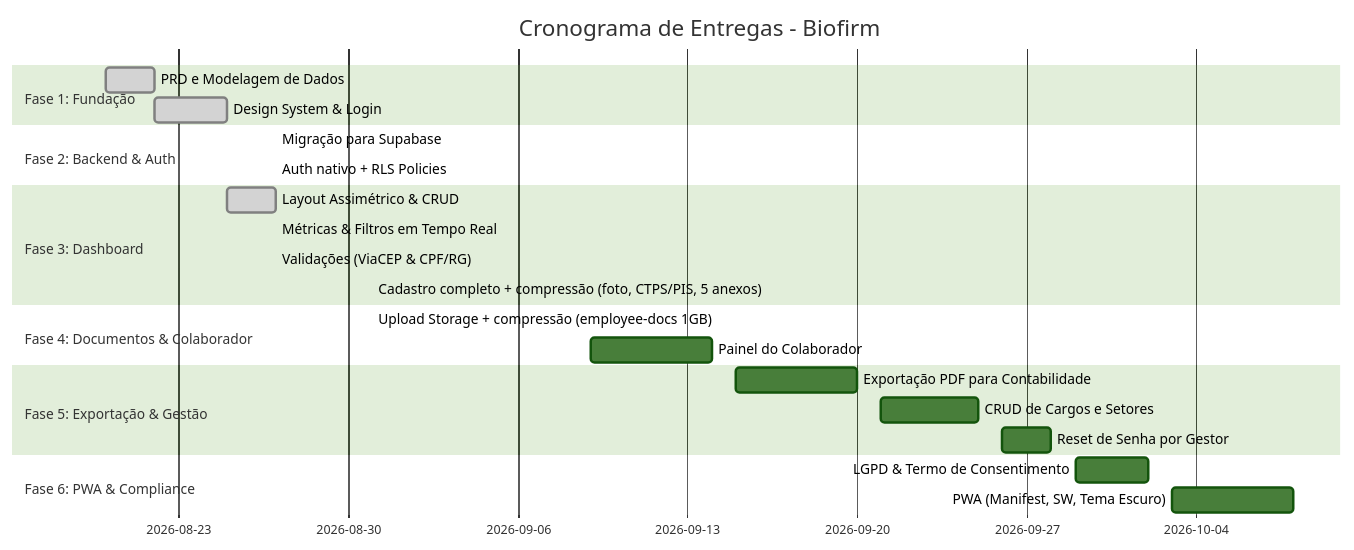
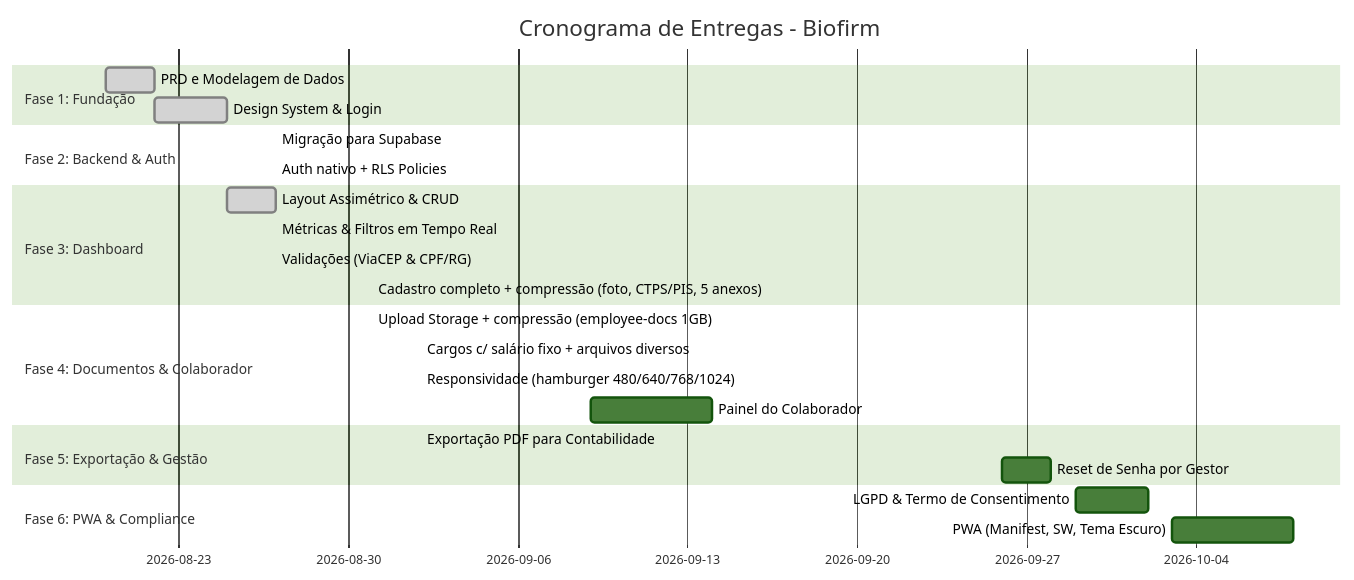
One commit to MarcusRolim1710/Biofirme-gestor changed the diagram in ROADMAP.md. Above: the diagram before and after it, drawn with Mermaid (forest theme). The commit also changed other lines of this file and 1 other file, not shown here.

First line of the commit message:
docs: atualiza PRD/ROADMAP para cargos com salario fixo + arquivos diversos + responsividade (02/09)

````diff
--- a/ROADMAP.md
+++ b/ROADMAP.md
@@ -11,26 +11,27 @@
 ```mermaid
 gantt
     title Cronograma de Entregas - Biofirm
     dateFormat  YYYY-MM-DD
     section Fase 1: Fundação
     PRD e Modelagem de Dados      :done, des1, 2026-08-20, 2026-08-22
     Design System & Login         :done, des2, 2026-08-22, 2026-08-25
     section Fase 2: Backend & Auth
     Migração para Supabase        :done, des2b, 2026-08-27, 2026-08-27
     Auth nativo + RLS Policies    :done, des2c, 2026-08-27, 2026-08-27
     section Fase 3: Dashboard
     Layout Assimétrico & CRUD     :done, des3, 2026-08-25, 2026-08-27
     Métricas & Filtros em Tempo Real :done, des4, 2026-08-27, 2026-08-27
     Validações (ViaCEP & CPF/RG)  :done, des5, 2026-08-27, 2026-08-27
     Cadastro completo + compressão (foto, CTPS/PIS, 5 anexos) :done, des5b, 2026-08-31, 2026-08-31
     section Fase 4: Documentos & Colaborador
     Upload Storage + compressão (employee-docs 1GB) :done, des6, 2026-08-31, 2026-08-31
+    Cargos c/ salário fixo + arquivos diversos :done, des6b, 2026-09-02, 2026-09-02
+    Responsividade (hamburger 480/640/768/1024) :done, des6c, 2026-09-02, 2026-09-02
     Painel do Colaborador         :des7, 2026-09-09, 2026-09-14
     section Fase 5: Exportação & Gestão
-    Exportação PDF para Contabilidade :des8, 2026-09-15, 2026-09-20
-    CRUD de Cargos e Setores      :des9, 2026-09-21, 2026-09-25
+    Exportação PDF para Contabilidade :done, des8, 2026-09-02, 2026-09-02
     Reset de Senha por Gestor     :des10, 2026-09-26, 2026-09-28
     section Fase 6: PWA & Compliance
     LGPD & Termo de Consentimento :des11, 2026-09-29, 2026-10-02
     PWA (Manifest, SW, Tema Escuro):des12, 2026-10-03, 2026-10-08
 ```
````
